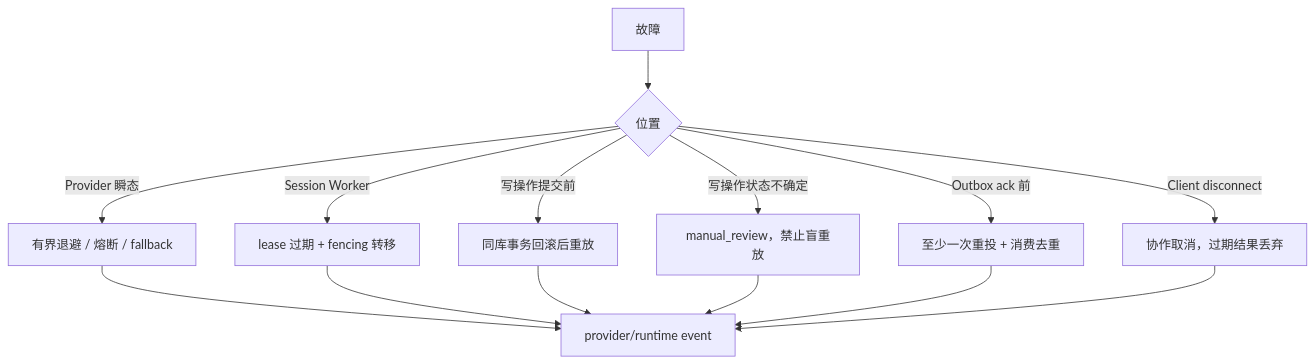
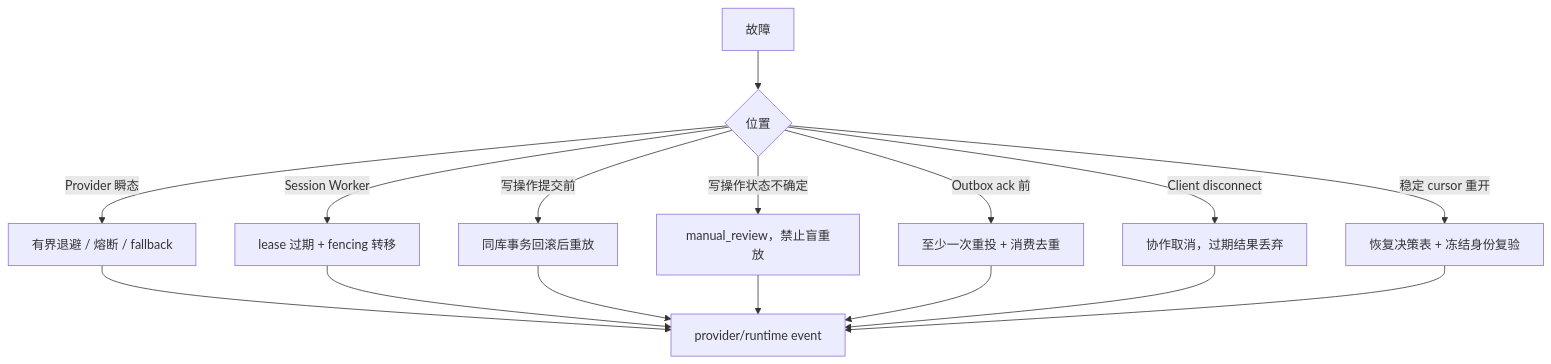
One commit to zhangxiaobina/edu-agent changed the sixth of 6 diagrams in docs/architecture.md. Above: the diagram before and after it, drawn with Mermaid. The commit also changed other lines of this file and 27 other files, not shown here.

````diff
--- a/docs/architecture.md
+++ b/docs/architecture.md
@@ -298,16 +303,18 @@
 ```mermaid
 flowchart TD
     F[故障] --> P{位置}
     P -->|Provider 瞬态| Retry[有界退避 / 熔断 / fallback]
     P -->|Session Worker| Lease[lease 过期 + fencing 转移]
     P -->|写操作提交前| Rollback[同库事务回滚后重放]
     P -->|写操作状态不确定| Manual[manual_review，禁止盲重放]
     P -->|Outbox ack 前| Replay[至少一次重投 + 消费去重]
     P -->|Client disconnect| Cancel[协作取消，过期结果丢弃]
+    P -->|稳定 cursor 重开| Decide[恢复决策表 + 冻结身份复验]
     Retry --> Trace[provider/runtime event]
     Lease --> Trace
     Rollback --> Trace
     Manual --> Trace
     Replay --> Trace
     Cancel --> Trace
+    Decide --> Trace
 ```
````
